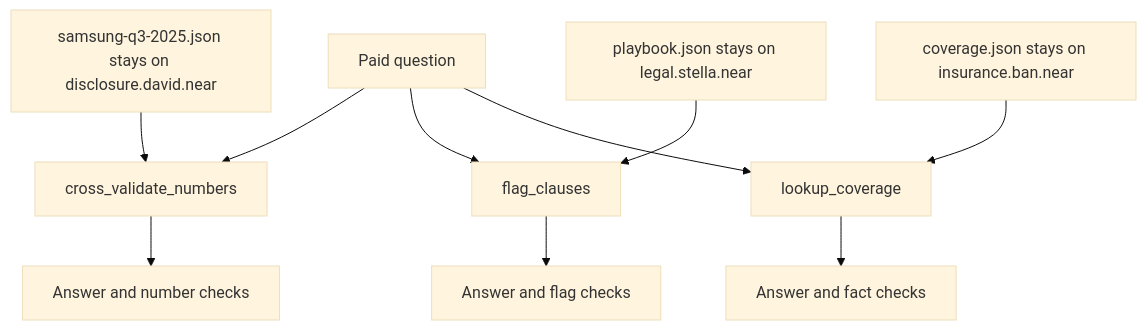
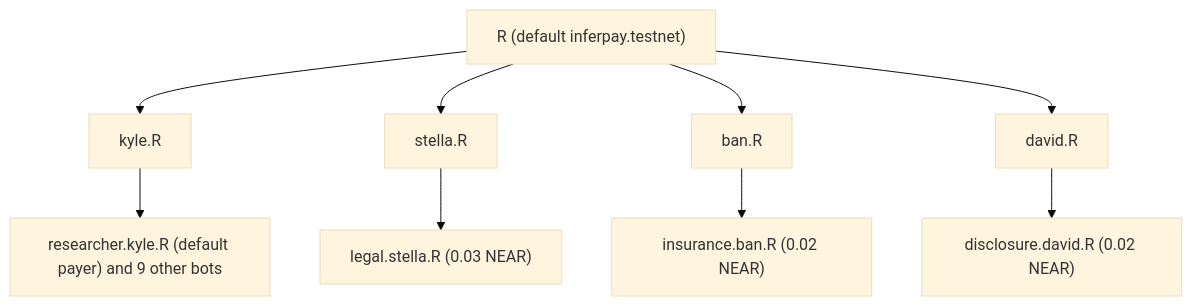
One commit to taejeekim/InferPay changed the second of 2 diagrams in README.md. Above: the diagram before and after it, drawn with Mermaid (base theme). The commit also changed other lines of this file, not shown here.

````diff
--- a/README.md
+++ b/README.md
@@ -238,13 +174,12 @@
 ```mermaid
-flowchart TB
-  question["Paid question"]
-  question --> numbers["cross_validate_numbers"]
-  question --> flags["flag_clauses"]
-  question --> facts["lookup_coverage"]
-  filings["samsung-q3-2025.json stays on disclosure.david.near"] --> numbers
-  playbook["playbook.json stays on legal.stella.near"] --> flags
-  schedule["coverage.json stays on insurance.ban.near"] --> facts
-  numbers --> numberOut["Answer and number checks"]
-  flags --> flagOut["Answer and flag checks"]
-  facts --> factOut["Answer and fact checks"]
+flowchart TD
+  root["R (default inferpay.testnet)"]
+  root --> kyle["kyle.R"]
+  root --> stella["stella.R"]
+  root --> ban["ban.R"]
+  root --> david["david.R"]
+  kyle --> researcher["researcher.kyle.R (default payer) and 9 other bots"]
+  stella --> legal["legal.stella.R (0.03 NEAR)"]
+  ban --> insurance["insurance.ban.R (0.02 NEAR)"]
+  david --> disclosure["disclosure.david.R (0.02 NEAR)"]
 ```
````
